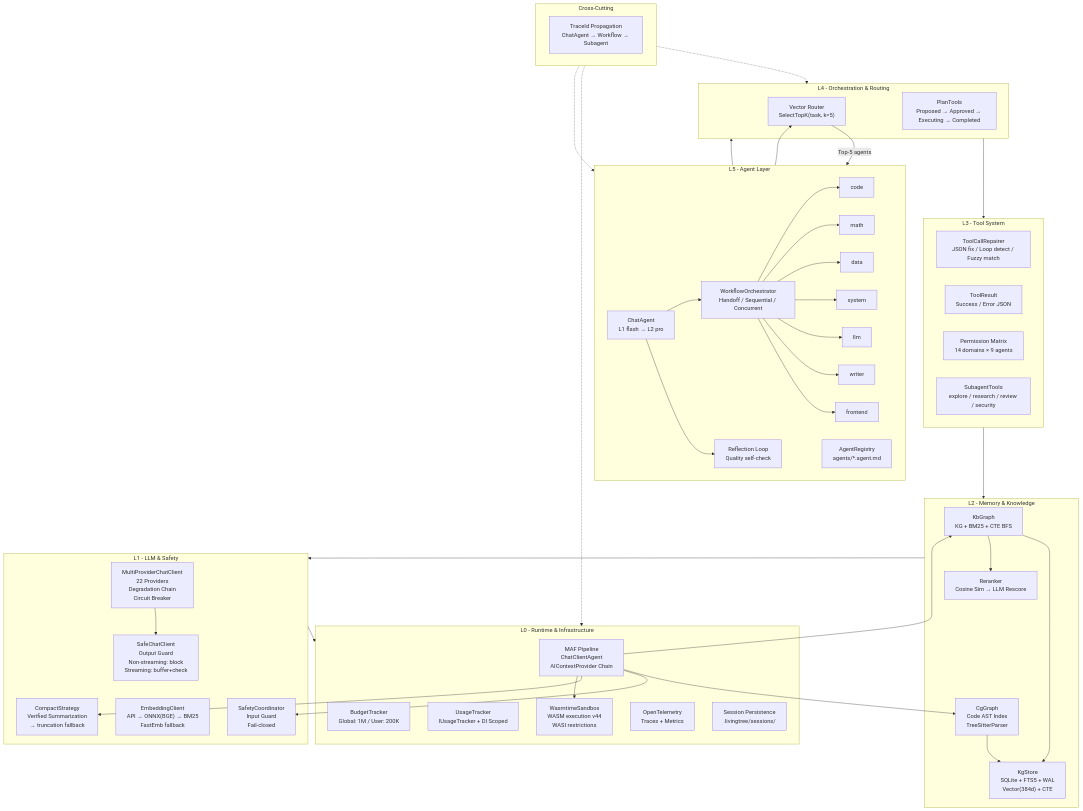
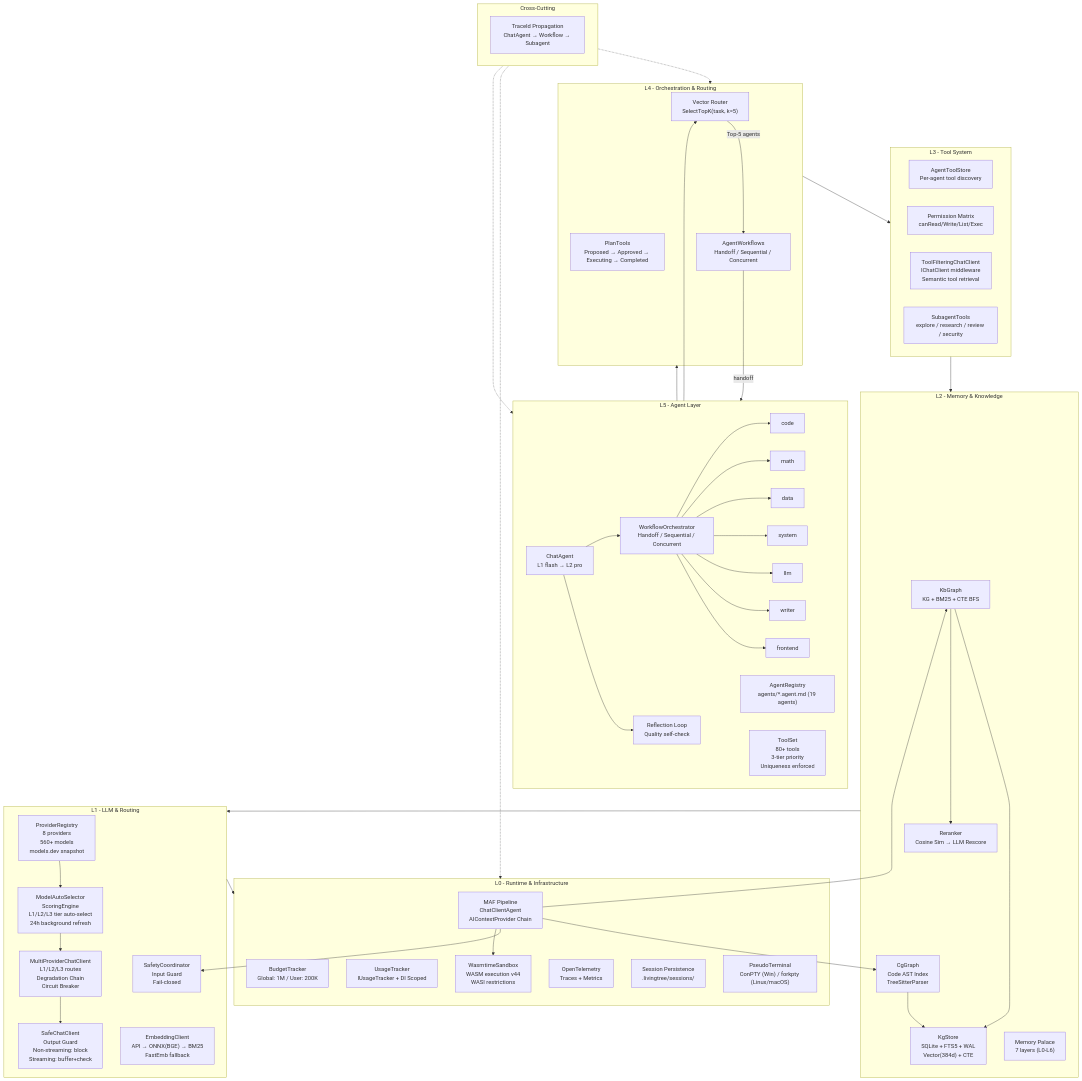
Before and after one commit to ookok/ltai4net: the diagram in docs/architecture.md, drawn with Mermaid. The commit also changed other lines of this file and 12 other files, not shown here.

````diff
--- a/docs/architecture.md
+++ b/docs/architecture.md
@@ -5,72 +5,79 @@
 ```mermaid
 flowchart TB
     subgraph L5["L5 - Agent Layer"]
         direction LR
         CA["ChatAgent<br/>L1 flash → L2 pro"] --> WF["WorkflowOrchestrator<br/>Handoff / Sequential / Concurrent"]
         CA --> RL["Reflection Loop<br/>Quality self-check"]
-        AR["AgentRegistry<br/>agents/*.agent.md"]
+        AR["AgentRegistry<br/>agents/*.agent.md (19 agents)"]
+        TS["ToolSet<br/>80+ tools<br/>3-tier priority<br/>Uniqueness enforced"]
         WF --> S1["code"]
         WF --> S2["math"]
         WF --> S3["data"]
         WF --> S4["system"]
         WF --> S5["llm"]
         WF --> S6["writer"]
         WF --> S7["frontend"]
     end
 
     subgraph L4["L4 - Orchestration & Routing"]
         VR["Vector Router<br/>SelectTopK(task, k=5)"]
         PT["PlanTools<br/>Proposed → Approved → Executing → Completed"]
+        AW["AgentWorkflows<br/>Handoff / Sequential / Concurrent"]
         WF --> VR
-        VR -->|"Top-5 agents"| WF
+        VR -->|"Top-5 agents"| AW
+        AW -->|handoff| WF
     end
 
     subgraph L3["L3 - Tool System"]
-        TCR["ToolCallRepairer<br/>JSON fix / Loop detect / Fuzzy match"]
-        TR["ToolResult<br/>Success / Error JSON"]
-        PM["Permission Matrix<br/>14 domains × 9 agents"]
+        ATS["AgentToolStore<br/>Per-agent tool discovery"]
+        PM["Permission Matrix<br/>canRead/Write/List/Exec"]
+        TC["ToolFilteringChatClient<br/>IChatClient middleware<br/>Semantic tool retrieval"]
         SUB["SubagentTools<br/>explore / research / review / security"]
     end
 
     subgraph L2["L2 - Memory & Knowledge"]
         KB["KbGraph<br/>KG + BM25 + CTE BFS"]
         CG["CgGraph<br/>Code AST Index<br/>TreeSitterParser"]
         KS["KgStore<br/>SQLite + FTS5 + WAL<br/>Vector(384d) + CTE"]
         RK["Reranker<br/>Cosine Sim → LLM Rescore"]
+        MP["Memory Palace<br/>7 layers (L0-L6)"]
         KB --> KS
         CG --> KS
         KB --> RK
     end
 
-    subgraph L1["L1 - LLM & Safety"]
-        MPC["MultiProviderChatClient<br/>22 Providers<br/>Degradation Chain<br/>Circuit Breaker"]
+    subgraph L1["L1 - LLM & Routing"]
+        PR["ProviderRegistry<br/>8 providers<br/>560+ models<br/>models.dev snapshot"]
+        MAS["ModelAutoSelector<br/>ScoringEngine<br/>L1/L2/L3 tier auto-select<br/>24h background refresh"]
+        MPC["MultiProviderChatClient<br/>L1/L2/L3 routes<br/>Degradation Chain<br/>Circuit Breaker"]
         SCC["SafeChatClient<br/>Output Guard<br/>Non-streaming: block<br/>Streaming: buffer+check"]
         SC["SafetyCoordinator<br/>Input Guard<br/>Fail-closed"]
         EC["EmbeddingClient<br/>API → ONNX(BGE) → BM25<br/>FastEmb fallback"]
-        CS["CompactStrategy<br/>Verified Summarization<br/>→ truncation fallback"]
+        PR --> MAS
+        MAS --> MPC
         MPC --> SCC
     end
 
     subgraph L0["L0 - Runtime & Infrastructure"]
         MAF["MAF Pipeline<br/>ChatClientAgent<br/>AIContextProvider Chain"]
         BT["BudgetTracker<br/>Global: 1M / User: 200K"]
         UT["UsageTracker<br/>IUsageTracker + DI Scoped"]
         WS["WasmtimeSandbox<br/>WASM execution v44<br/>WASI restrictions"]
         OT["OpenTelemetry<br/>Traces + Metrics"]
         SP["Session Persistence<br/>.livingtree/sessions/"]
+        PS["PseudoTerminal<br/>ConPTY (Win) / forkpty (Linux/macOS)"]
         MAF --> KB
         MAF --> CG
         MAF --> SC
-        MAF --> CS
         MAF --> WS
     end
 
     subgraph CC["Cross-Cutting"]
         TID["TraceId Propagation<br/>ChatAgent → Workflow → Subagent"]
     end
 
     L5 --> L4 --> L3 --> L2 --> L1 --> L0
     CC -.-> L5
     CC -.-> L4
     CC -.-> L0
 ```
````
